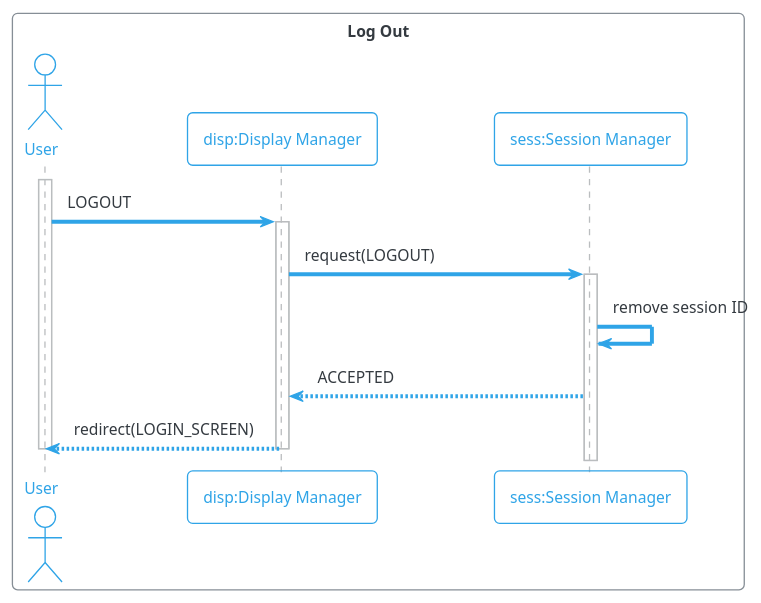
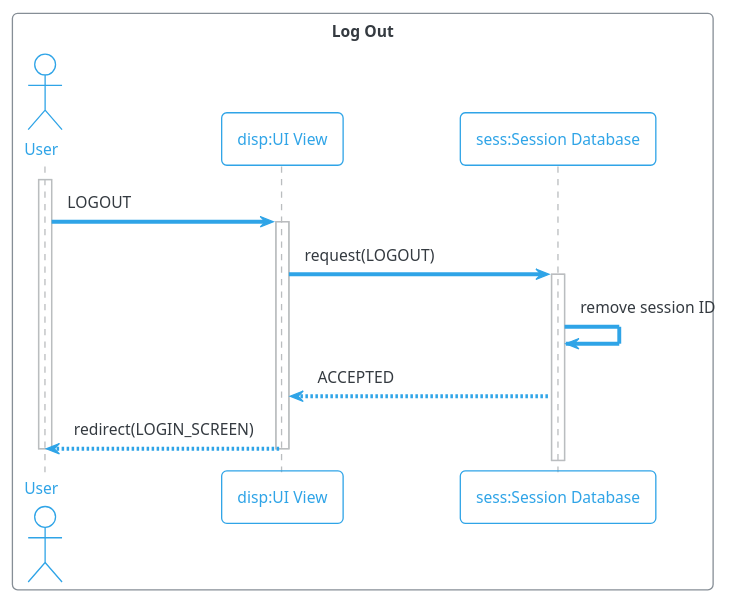
One commit to md-y/3354-splitsquad changed the diagram in Sequence Diagrams/Profile/Logout.puml. Above: the diagram before and after it, drawn with PlantUML. The commit also changed 39 other files, not shown here.

Commit message:
Fixed Sequence Diagram to add Database, Controller, and UI

```diff
--- a/Sequence Diagrams/Profile/Logout.puml
+++ b/Sequence Diagrams/Profile/Logout.puml
@@ -1,15 +1,15 @@
 @startuml logout
 !theme cerulean-outline
 box "Log Out"
 actor "User" as user
-participant "disp:Display Manager" as disp
-participant "sess:Session Manager" as sess
+participant "disp:UI View" as disp
+participant "sess:Session Database" as sess
 end box
 activate user
 user -> disp ++ : LOGOUT
 disp -> sess ++ : request(LOGOUT)
 sess -> sess : remove session ID
 sess --> disp : ACCEPTED
 disp --> user -- : redirect(LOGIN_SCREEN)
 deactivate user
 @enduml
```
